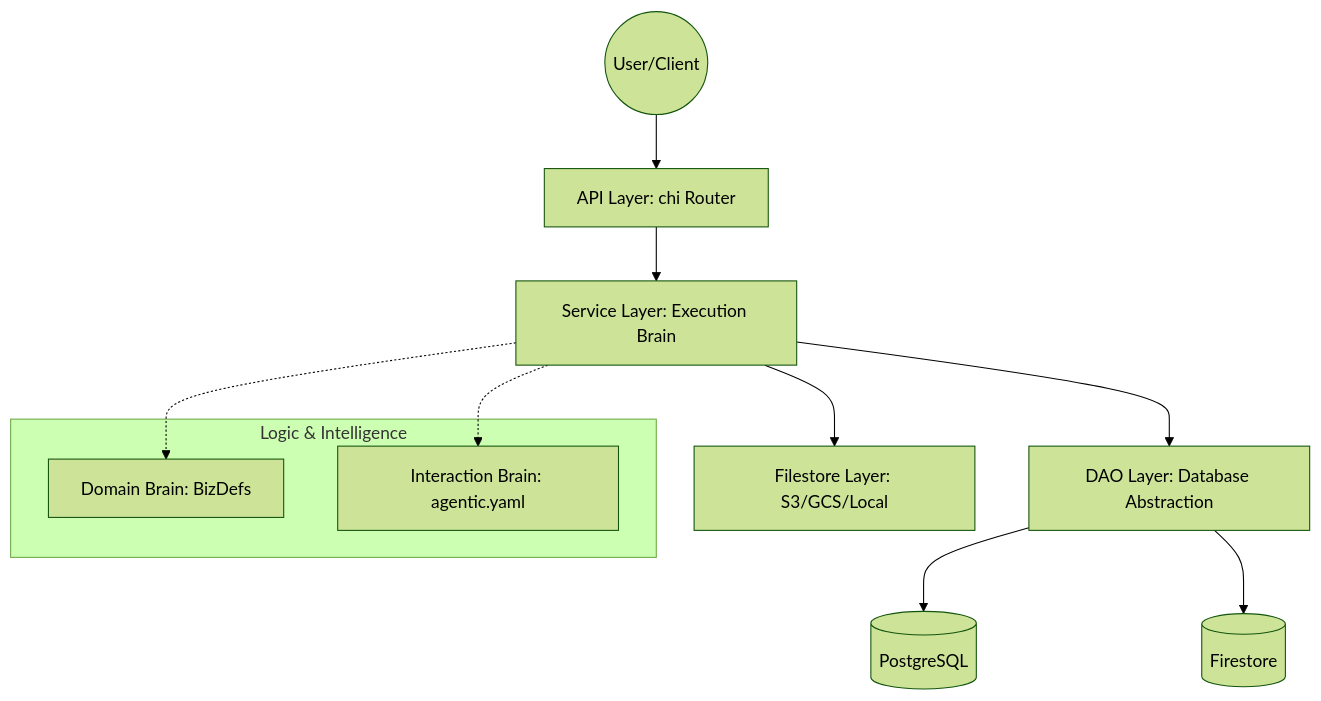
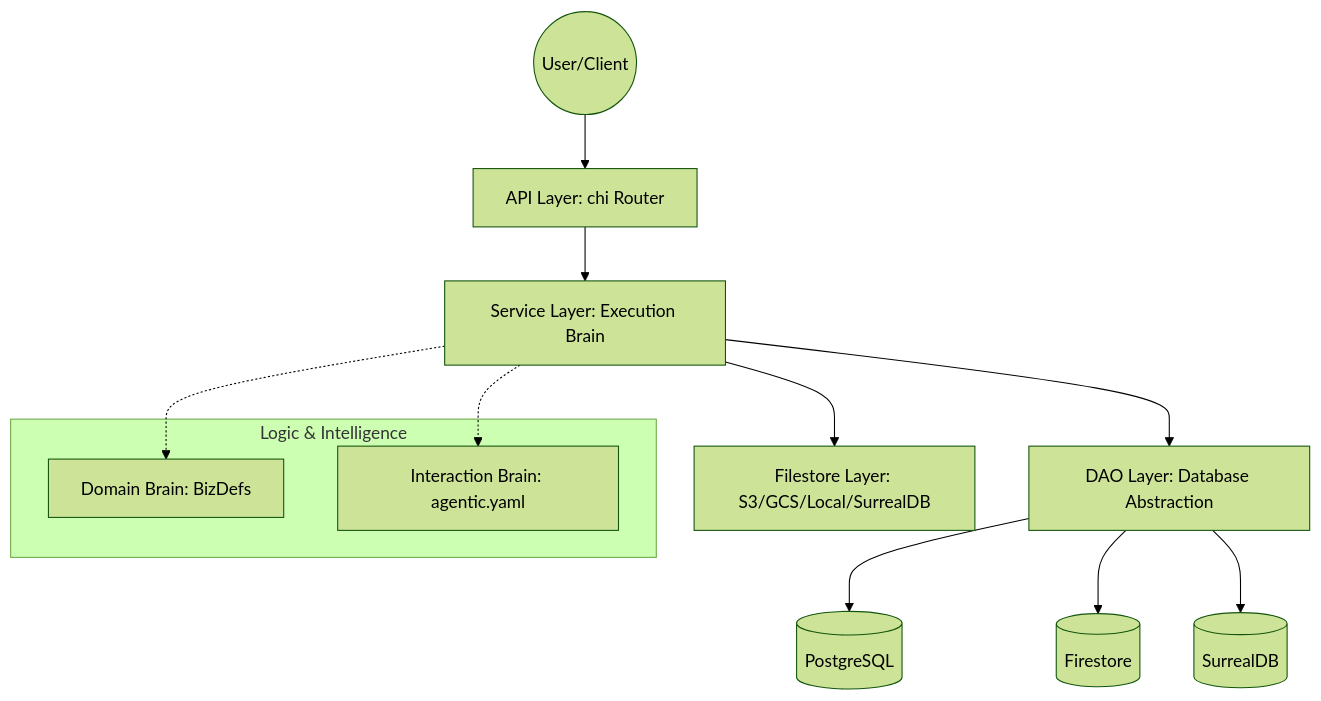
One commit to innomon/aigen-app changed the first of 2 diagrams in ARCHITECTURE.md. Above: the diagram before and after it, drawn with Mermaid (forest theme). The commit also changed other lines of this file and 13 other files, not shown here.

````diff
--- a/ARCHITECTURE.md
+++ b/ARCHITECTURE.md
@@ -96,17 +96,18 @@
 ```mermaid
 graph TD
     User((User/Client)) --> API[API Layer: chi Router]
     API --> Service[Service Layer: Execution Brain]
     Service --> DAO[DAO Layer: Database Abstraction]
-    Service --> Filestore[Filestore Layer: S3/GCS/Local]
+    Service --> Filestore[Filestore Layer: S3/GCS/Local/SurrealDB]
     DAO --> Postgres[(PostgreSQL)]
     DAO --> Firestore[(Firestore)]
+    DAO --> SurrealDB[(SurrealDB)]
     
     subgraph Logic & Intelligence
         BizDef[Domain Brain: BizDefs]
         Agentic[Interaction Brain: agentic.yaml]
     end
     
     Service -.-> BizDef
     Service -.-> Agentic
 ```
````
